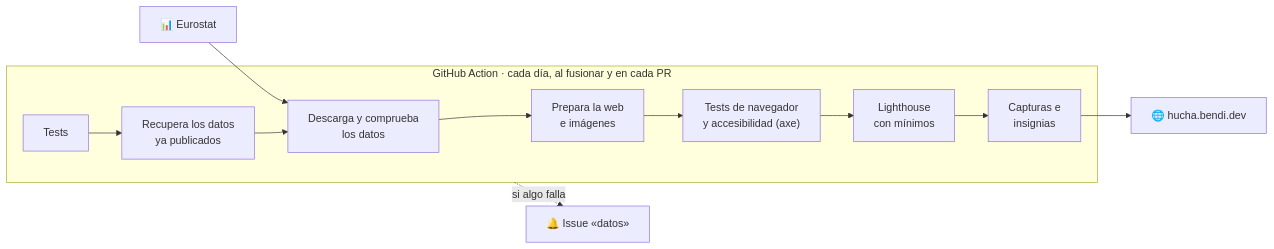
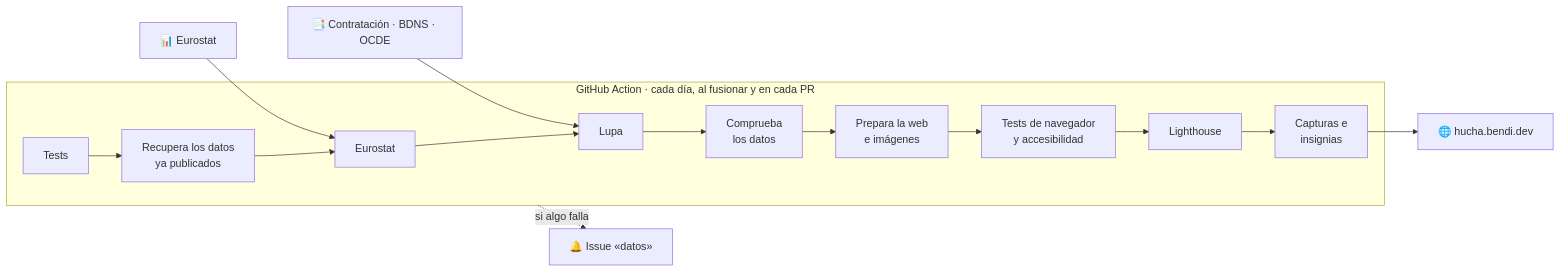
Before and after one commit to serbenda/hucha: the diagram in README.md, drawn with Mermaid. The commit also changed other lines of this file and 13 other files, not shown here.

````diff
--- a/README.md
+++ b/README.md
@@ -76,10 +285,11 @@
 ```mermaid
 flowchart LR
     EU["📊 Eurostat"] --> DES
+    PL["📑 Contratación · BDNS · OCDE"] --> LUPA
     subgraph Action["GitHub Action · cada día, al fusionar y en cada PR"]
-        TEST["Tests"] --> REC["Recupera los datos<br/>ya publicados"] --> DES["Descarga y comprueba<br/>los datos"] --> WEB["Prepara la web<br/>e imágenes"]
-        WEB --> E2E["Tests de navegador<br/>y accesibilidad (axe)"] --> LH["Lighthouse<br/>con mínimos"] --> CAP["Capturas e<br/>insignias"]
+        TEST["Tests"] --> REC["Recupera los datos<br/>ya publicados"] --> DES["Eurostat"] --> LUPA["Lupa"] --> CHK["Comprueba<br/>los datos"] --> WEB["Prepara la web<br/>e imágenes"]
+        WEB --> E2E["Tests de navegador<br/>y accesibilidad"] --> LH["Lighthouse"] --> CAP["Capturas e<br/>insignias"]
     end
     CAP --> PAGES["🌐 hucha.bendi.dev"]
     Action -. "si algo falla" .-> ISSUE["🔔 Issue «datos»"]
 ```
````
